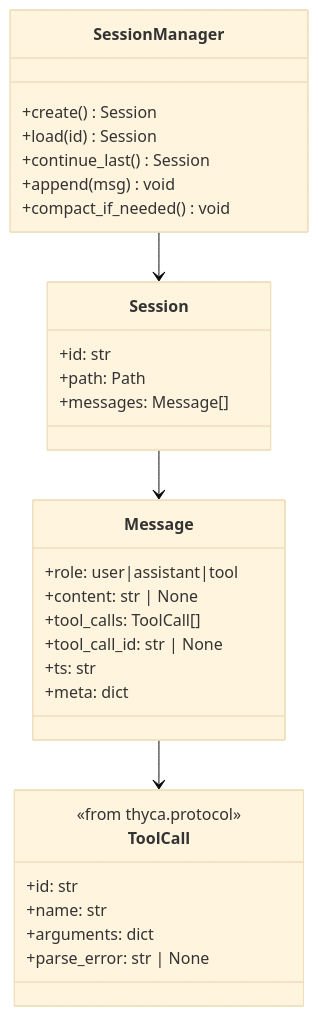
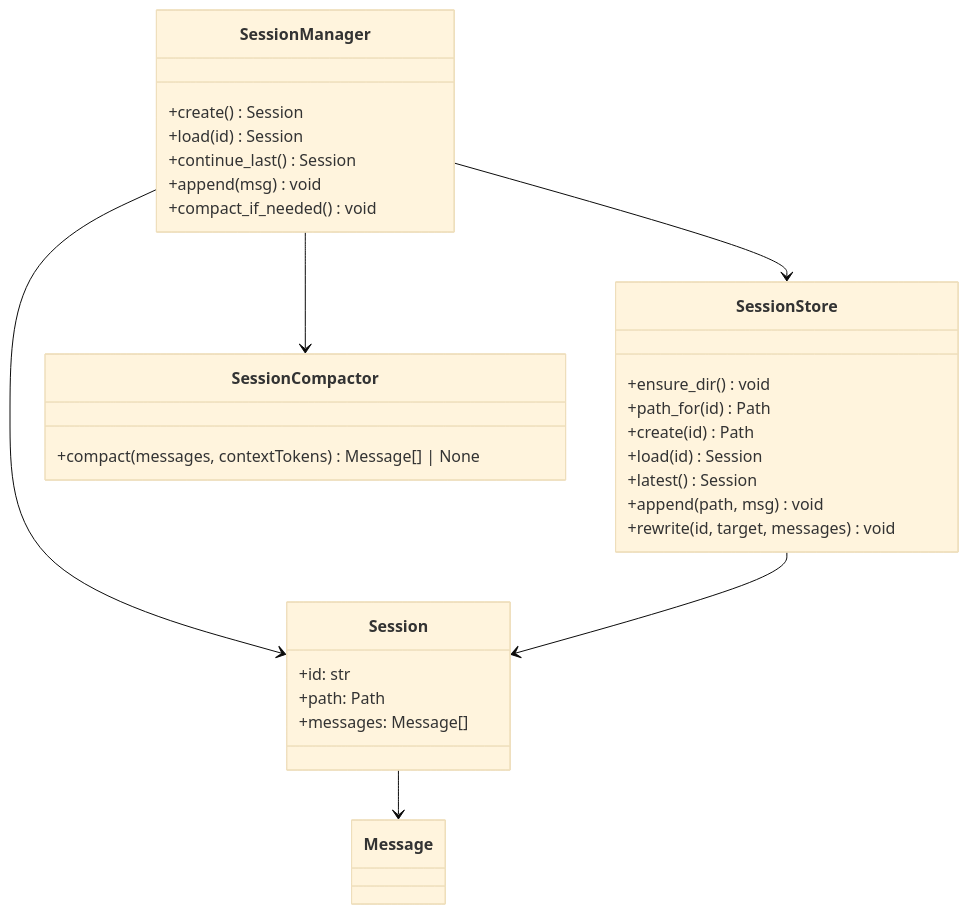
Before and after one commit to Flowerf19/thyca-ai: the diagram in .agents/plans/services/session.md, drawn with Mermaid (base theme). The commit also changed other lines of this file and 13 other files, not shown here.

````diff
--- a/.agents/plans/services/session.md
+++ b/.agents/plans/services/session.md
@@ -17,33 +28,32 @@
 ```mermaid
 classDiagram
     class SessionManager {
         +create() Session
         +load(id) Session
         +continue_last() Session
         +append(msg) void
         +compact_if_needed() void
     }
+    class SessionStore {
+        +ensure_dir() void
+        +path_for(id) Path
+        +create(id) Path
+        +load(id) Session
+        +latest() Session
+        +append(path, msg) void
+        +rewrite(id, target, messages) void
+    }
+    class SessionCompactor {
+        +compact(messages, contextTokens) Message[] | None
+    }
     class Session {
         +id: str
         +path: Path
         +messages: Message[]
     }
-    class Message {
-        +role: user|assistant|tool
-        +content: str | None
-        +tool_calls: ToolCall[]
-        +tool_call_id: str | None
-        +ts: str
-        +meta: dict
-    }
-    class ToolCall {
-        <<from thyca.protocol>>
-        +id: str
-        +name: str
-        +arguments: dict
-        +parse_error: str | None
-    }
+    SessionManager --> SessionStore
+    SessionManager --> SessionCompactor
     SessionManager --> Session
+    SessionStore --> Session
     Session --> Message
-    Message --> ToolCall
 ```
````
